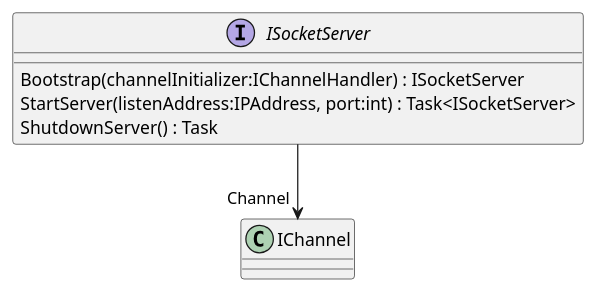
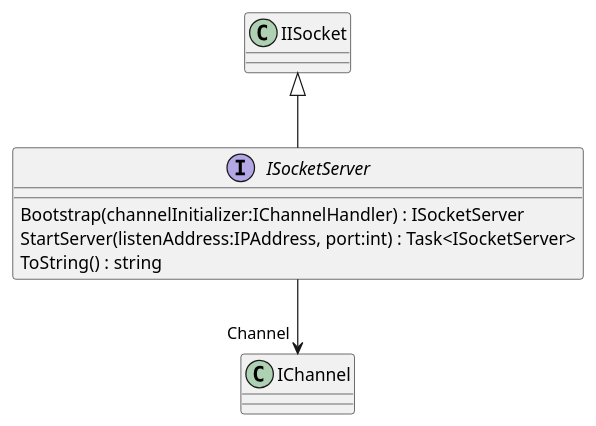
The diagram in Documentation/UML/Catalyst.Node.Common/Interfaces/ISocketServer.puml (catalyst-network/Catalyst), drawn with PlantUML before and after one commit. The commit also changed 25 other files, not shown here.

```diff
--- a/Documentation/UML/Catalyst.Node.Common/Interfaces/ISocketServer.puml
+++ b/Documentation/UML/Catalyst.Node.Common/Interfaces/ISocketServer.puml
@@ -1,8 +1,9 @@
 @startuml
 interface ISocketServer {
     Bootstrap(channelInitializer:IChannelHandler) : ISocketServer
     StartServer(listenAddress:IPAddress, port:int) : Task<ISocketServer>
-    ShutdownServer() : Task
+    ToString() : string
 }
+IISocket <|-- ISocketServer
 ISocketServer --> "Channel" IChannel
 @enduml
```
